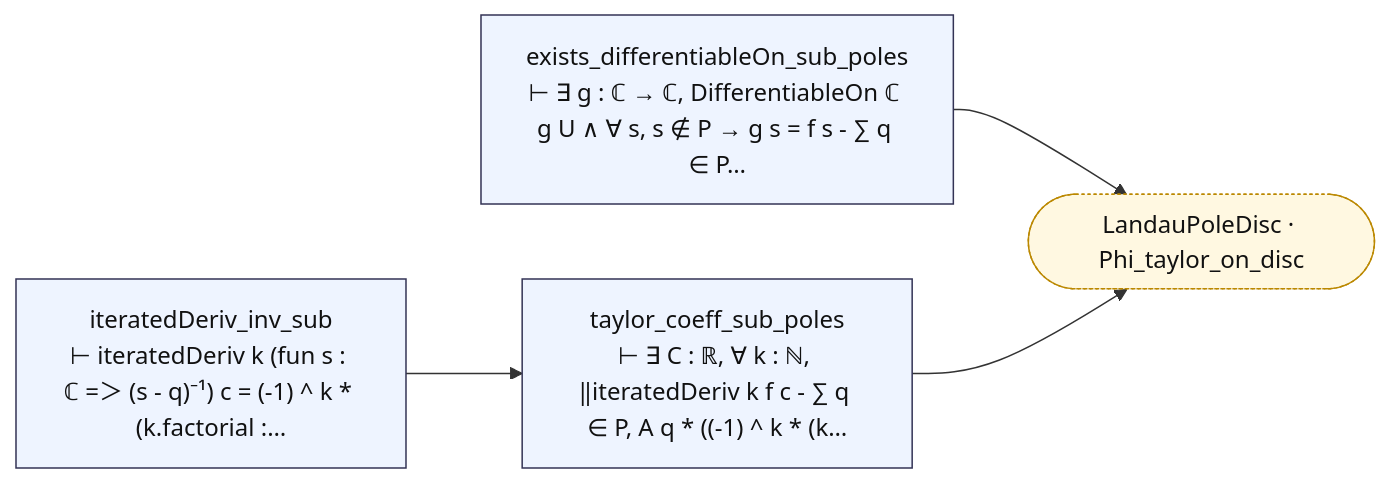
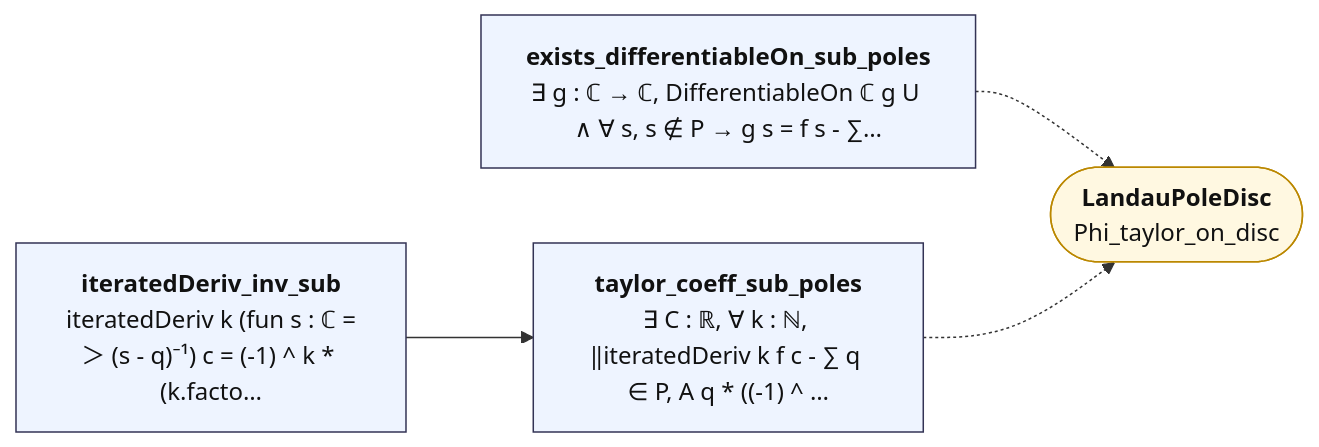
The diagram in map/lean_stage3/LandauPoleSub.md (juliansambranojr/Primebeat_081426), drawn with Mermaid before and after one commit. The commit also changed other lines of this file and 387 other files, not shown here.

````diff
--- a/map/lean_stage3/LandauPoleSub.md
+++ b/map/lean_stage3/LandauPoleSub.md
@@ -8,16 +12,15 @@
 ```mermaid
 flowchart LR
-  n0["iteratedDeriv_inv_sub<br/>⊢ iteratedDeriv k (fun s : ℂ =＞ (s - q)⁻¹) c = (-1) ^ k * (k.factorial :…"]:::thm
-  n1["exists_differentiableOn_sub_poles<br/>⊢ ∃ g : ℂ → ℂ, DifferentiableOn ℂ g U ∧ ∀ s, s ∉ P → g s = f s - ∑ q ∈ P…"]:::thm
-  n2["taylor_coeff_sub_poles<br/>⊢ ∃ C : ℝ, ∀ k : ℕ, ‖iteratedDeriv k f c - ∑ q ∈ P, A q * ((-1) ^ k * (k…"]:::thm
-  x0(["LandauPoleDisc · Phi_taylor_on_disc"]):::ext
+  n0["<b>iteratedDeriv_inv_sub</b><br/>iteratedDeriv k (fun s : ℂ =＞ (s - q)⁻¹) c = (-1) ^ k * (k.facto…"]:::thm
+  n1["<b>exists_differentiableOn_sub_poles</b><br/>∃ g : ℂ → ℂ, DifferentiableOn ℂ g U ∧ ∀ s, s ∉ P → g s = f s - ∑…"]:::thm
+  n2["<b>taylor_coeff_sub_poles</b><br/>∃ C : ℝ, ∀ k : ℕ, ‖iteratedDeriv k f c - ∑ q ∈ P, A q * ((-1) ^ …"]:::thm
+  x0(["<b>LandauPoleDisc</b><br/>Phi_taylor_on_disc"]):::ext
   n0 --> n2
-  n1 --> x0
-  n2 --> x0
+  n1 -.-> x0
+  n2 -.-> x0
   classDef thm fill:#eef4ff,stroke:#335,color:#111
-  classDef dfn fill:#f2f2f2,stroke:#777,color:#111
   classDef end_ fill:#e7f7e7,stroke:#2a7,color:#111,stroke-width:2px
   classDef lone fill:#fff,stroke:#999,color:#111,stroke-dasharray:4 3
   classDef bad fill:#ffe5e5,stroke:#c22,color:#111,stroke-width:2px
-  classDef ext fill:#fff8e1,stroke:#b80,color:#111,stroke-dasharray:2 2
+  classDef ext fill:#fff8e1,stroke:#b80,color:#111
 ```
````
